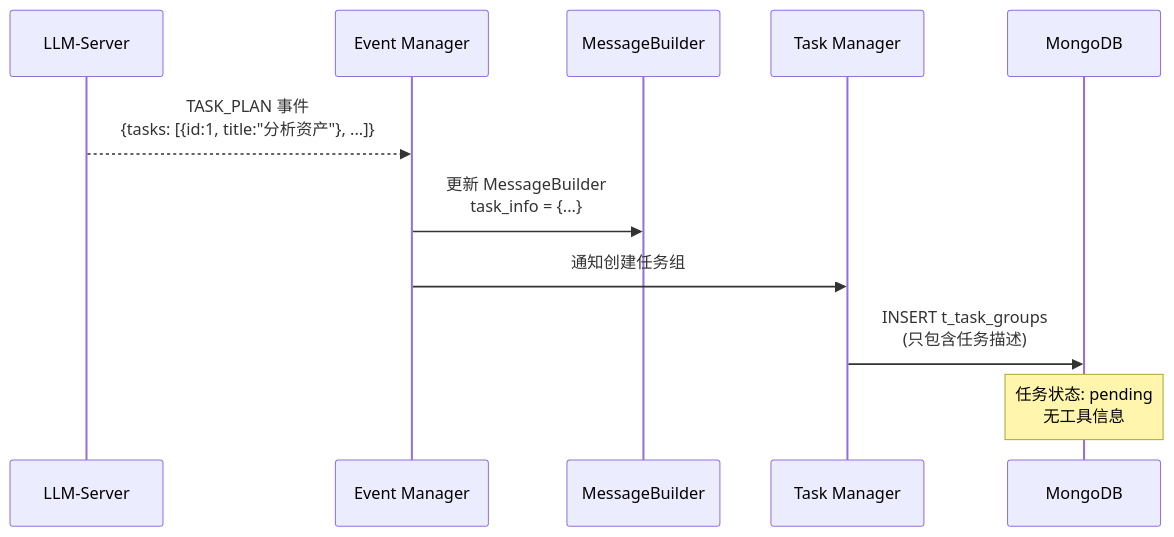
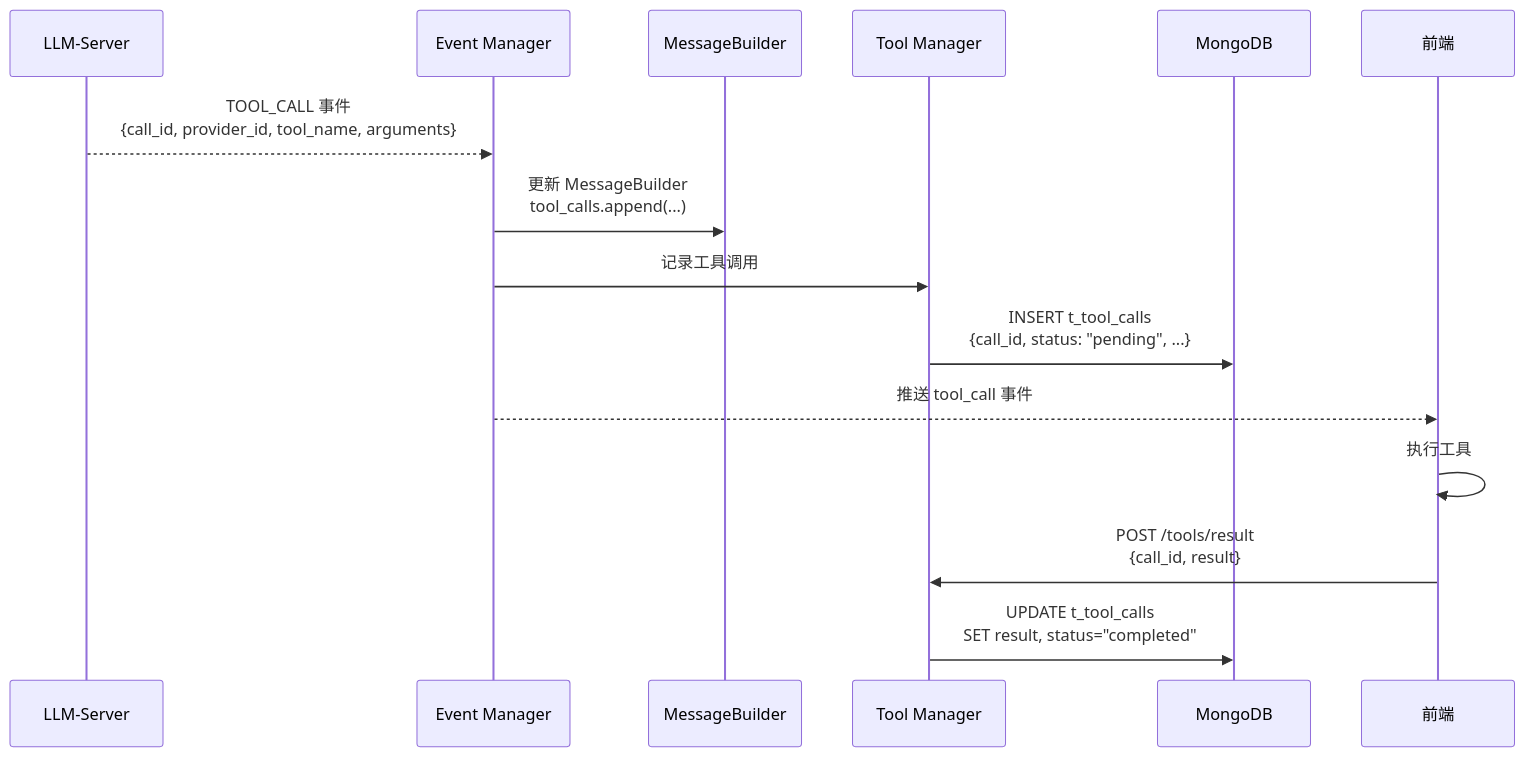
One commit to yingjianzh/iodraw-files changed the diagram in all/未命名-10.md. Above: the diagram before and after it, drawn with Mermaid.

Commit message:
2025-12-24 17:52:20 update

````diff
--- a/all/未命名-10.md
+++ b/all/未命名-10.md
@@ -1,18 +1,25 @@
 ```mermaid
 sequenceDiagram
     participant LLM as LLM-Server
     participant EM as Event Manager
     participant Builder as MessageBuilder
-    participant TaskMgr as Task Manager
+    participant ToolMgr as Tool Manager
     participant DB as MongoDB
+    participant FE as 前端
 
-    LLM-->>EM: TASK_PLAN 事件<br/>{tasks: [{id:1, title:"分析资产"}, ...]}
+    LLM-->>EM: TOOL_CALL 事件<br/>{call_id, provider_id, tool_name, arguments}
     
-    EM->>Builder: 更新 MessageBuilder<br/>task_info = {...}
+    EM->>Builder: 更新 MessageBuilder<br/>tool_calls.append(...)
     
-    EM->>TaskMgr: 通知创建任务组
+    EM->>ToolMgr: 记录工具调用
     
-    TaskMgr->>DB: INSERT t_task_groups<br/>(只包含任务描述)
+    ToolMgr->>DB: INSERT t_tool_calls<br/>{call_id, status: "pending", ...}
     
-    Note over DB: 任务状态: pending<br/>无工具信息
+    EM-->>FE: 推送 tool_call 事件
+    
+    FE->>FE: 执行工具
+    
+    FE->>ToolMgr: POST /tools/result<br/>{call_id, result}
+    
+    ToolMgr->>DB: UPDATE t_tool_calls<br/>SET result, status="completed"
 ```
````
